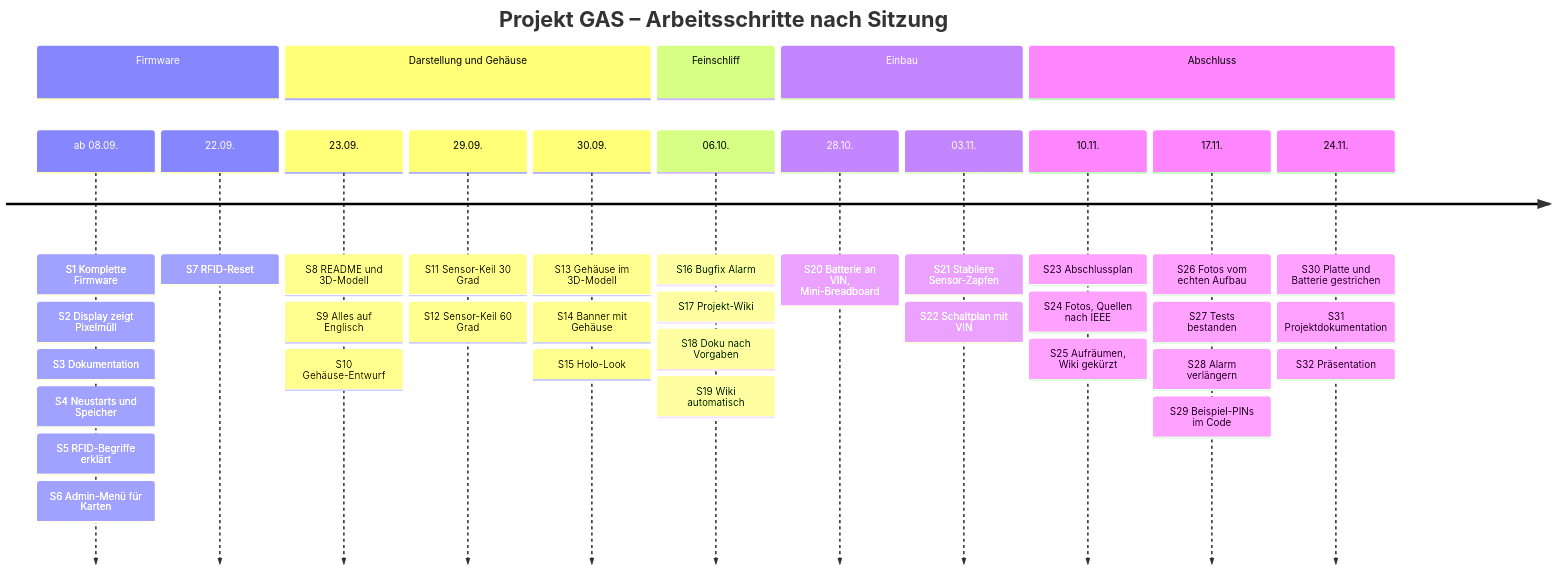
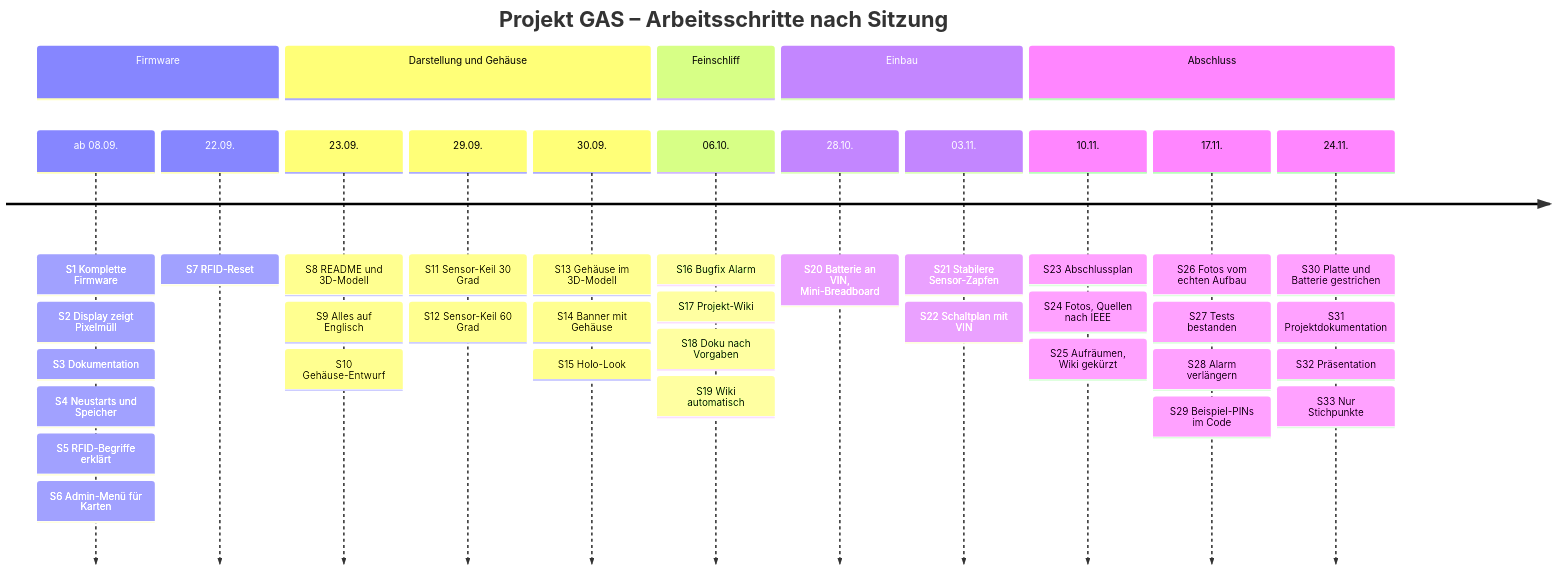
The first of 3 diagrams in wiki/Entwicklungsverlauf.md (BBZ-AIFS51/LF7-Projekt_GAS), drawn with Mermaid before and after one commit. The commit also changed other lines of this file and 9 other files, not shown here.

````diff
--- a/wiki/Entwicklungsverlauf.md
+++ b/wiki/Entwicklungsverlauf.md
@@ -23,41 +23,42 @@
 ```mermaid
 timeline
     title Projekt GAS – Arbeitsschritte nach Sitzung
     section Firmware
         ab 08.09. : S1 Komplette Firmware
                   : S2 Display zeigt Pixelmüll
                   : S3 Dokumentation
                   : S4 Neustarts und Speicher
                   : S5 RFID-Begriffe erklärt
                   : S6 Admin-Menü für Karten
         22.09. : S7 RFID-Reset
     section Darstellung und Gehäuse
         23.09. : S8 README und 3D-Modell
                : S9 Alles auf Englisch
                : S10 Gehäuse-Entwurf
         29.09. : S11 Sensor-Keil 30 Grad
                : S12 Sensor-Keil 60 Grad
         30.09. : S13 Gehäuse im 3D-Modell
                : S14 Banner mit Gehäuse
                : S15 Holo-Look
     section Feinschliff
         06.10. : S16 Bugfix Alarm
                : S17 Projekt-Wiki
                : S18 Doku nach Vorgaben
                : S19 Wiki automatisch
     section Einbau
         28.10. : S20 Batterie an VIN, Mini-Breadboard
         03.11. : S21 Stabilere Sensor-Zapfen
                : S22 Schaltplan mit VIN
     section Abschluss
         10.11. : S23 Abschlussplan
                : S24 Fotos, Quellen nach IEEE
                : S25 Aufräumen, Wiki gekürzt
         17.11. : S26 Fotos vom echten Aufbau
                : S27 Tests bestanden
                : S28 Alarm verlängern
                : S29 Beispiel-PINs im Code
         24.11. : S30 Platte und Batterie gestrichen
                : S31 Projektdokumentation
                : S32 Präsentation
+               : S33 Nur Stichpunkte
 ```
````
